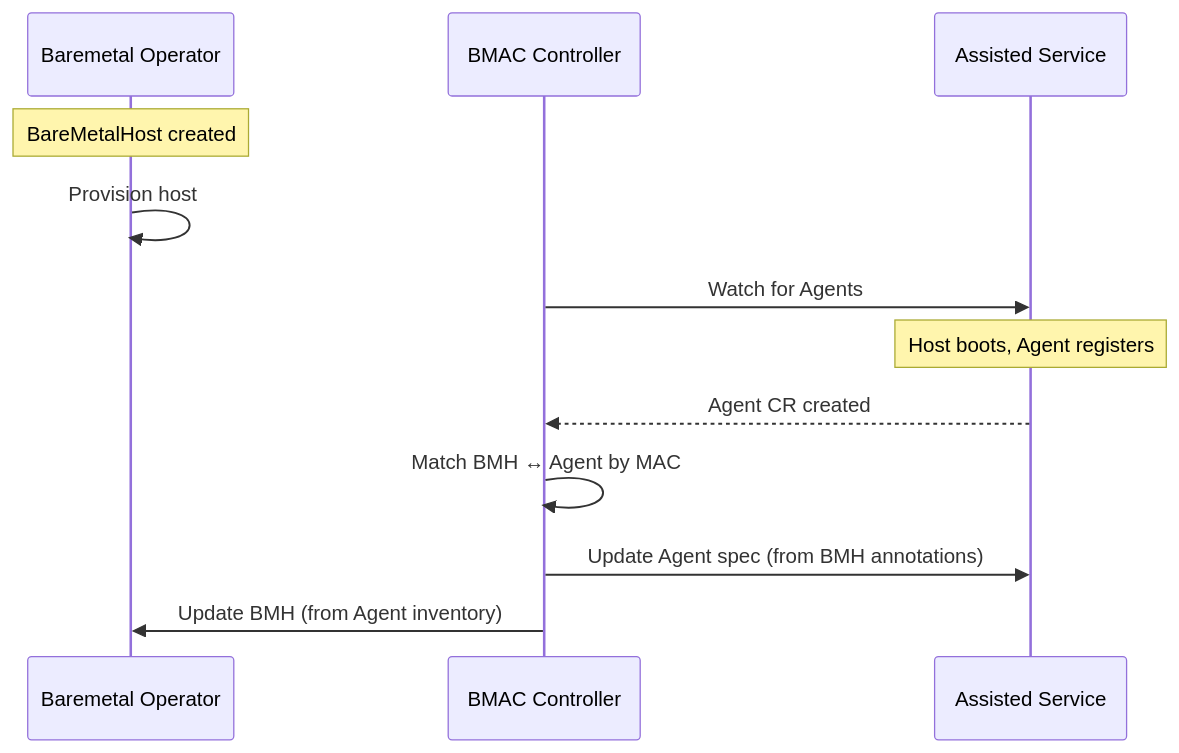
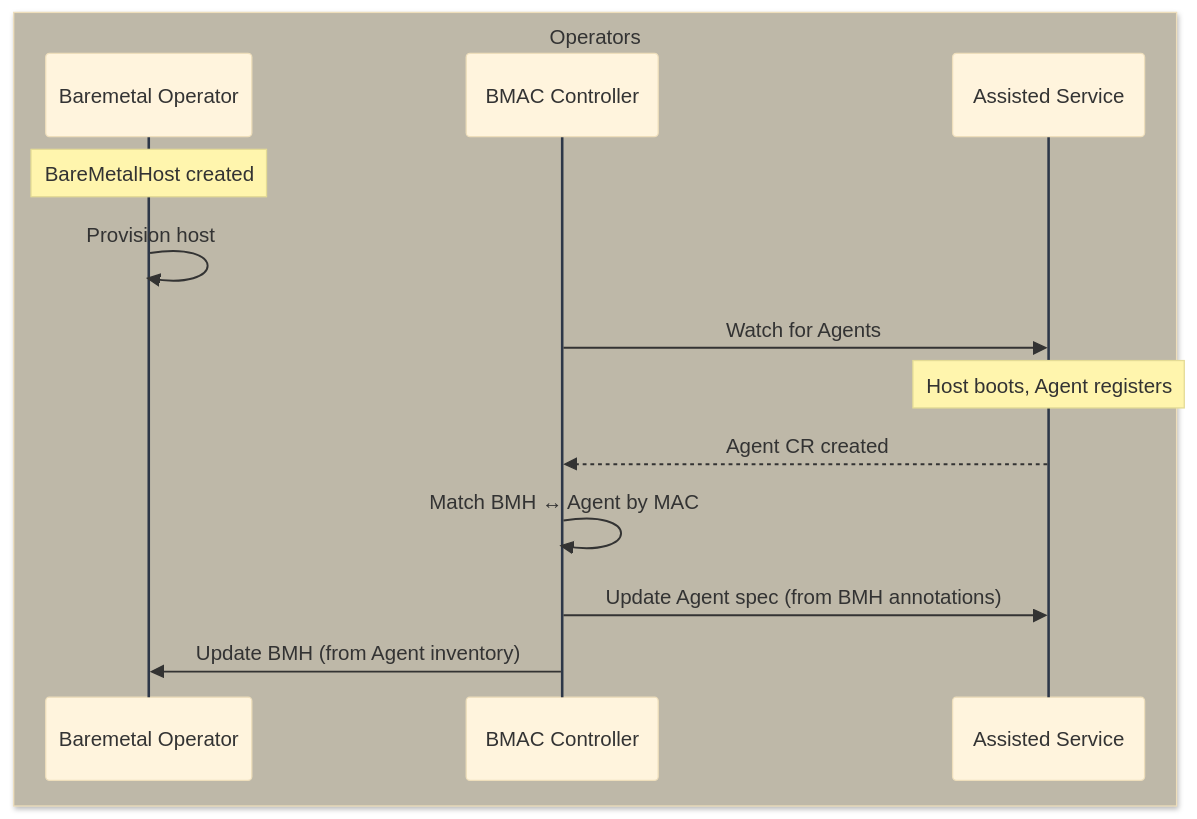
Before and after one commit to zszabo-rh/openshift-install-guide: the fifth of 7 diagrams in 07-operators-controllers/overview.md, drawn with Mermaid. The commit also changed other lines of this file and 16 other files, not shown here.

Commit message:
improved diagram style

````diff
--- a/07-operators-controllers/overview.md
+++ b/07-operators-controllers/overview.md
@@ -161,17 +210,20 @@
 ```mermaid
+%%{init: {'theme': 'base', 'themeVariables': { 'lineColor': '#2d3748', 'actorLineColor': '#2d3748' }}}%%
 sequenceDiagram
-    participant BMO as Baremetal Operator
-    participant BMAC as BMAC Controller
-    participant Assisted as Assisted Service
+    box rgb(190,184,168) Operators
+        participant BMO as Baremetal Operator
+        participant BMAC as BMAC Controller
+        participant Assisted as Assisted Service
+    end
     
     Note over BMO: BareMetalHost created
     BMO->>BMO: Provision host
     BMAC->>Assisted: Watch for Agents
     
     Note over Assisted: Host boots, Agent registers
     Assisted-->>BMAC: Agent CR created
     
     BMAC->>BMAC: Match BMH ↔ Agent by MAC
     BMAC->>Assisted: Update Agent spec (from BMH annotations)
     BMAC->>BMO: Update BMH (from Agent inventory)
 ```
````
